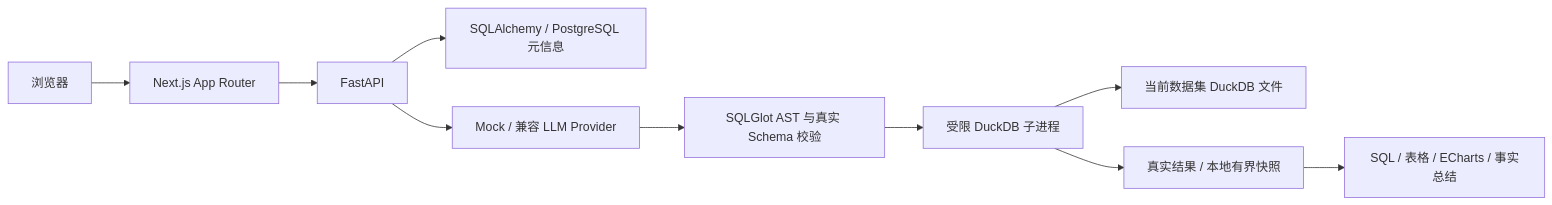
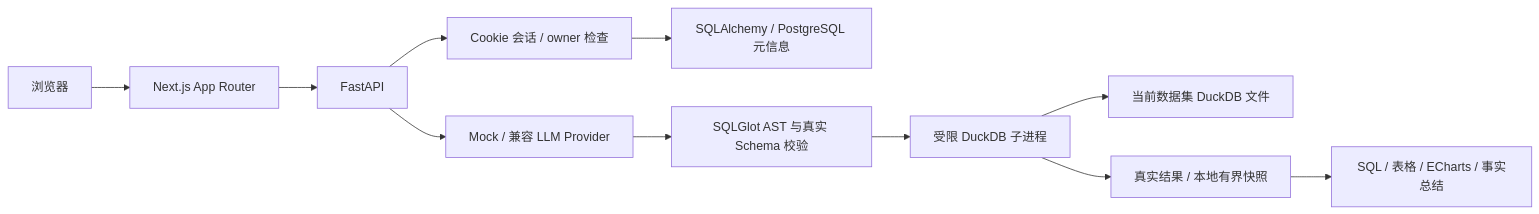
One commit to 8xbAdx8/DataPilot changed the diagram in docs/ARCHITECTURE.md. Above: the diagram before and after it, drawn with Mermaid. The commit also changed other lines of this file and 30 other files, not shown here.

````diff
--- a/docs/ARCHITECTURE.md
+++ b/docs/ARCHITECTURE.md
@@ -3,12 +3,13 @@
 ```mermaid
 flowchart LR
   User[浏览器] --> Next[Next.js App Router]
   Next --> API[FastAPI]
-  API --> Metadata[SQLAlchemy / PostgreSQL 元信息]
+  API --> Auth[Cookie 会话 / owner 检查]
+  Auth --> Metadata[SQLAlchemy / PostgreSQL 元信息]
   API --> Provider[Mock / 兼容 LLM Provider]
   Provider --> Guard[SQLGlot AST 与真实 Schema 校验]
   Guard --> Worker[受限 DuckDB 子进程]
   Worker --> Data[当前数据集 DuckDB 文件]
   Worker --> Result[真实结果 / 本地有界快照]
   Result --> UI[SQL / 表格 / ECharts / 事实总结]
 ```
````
